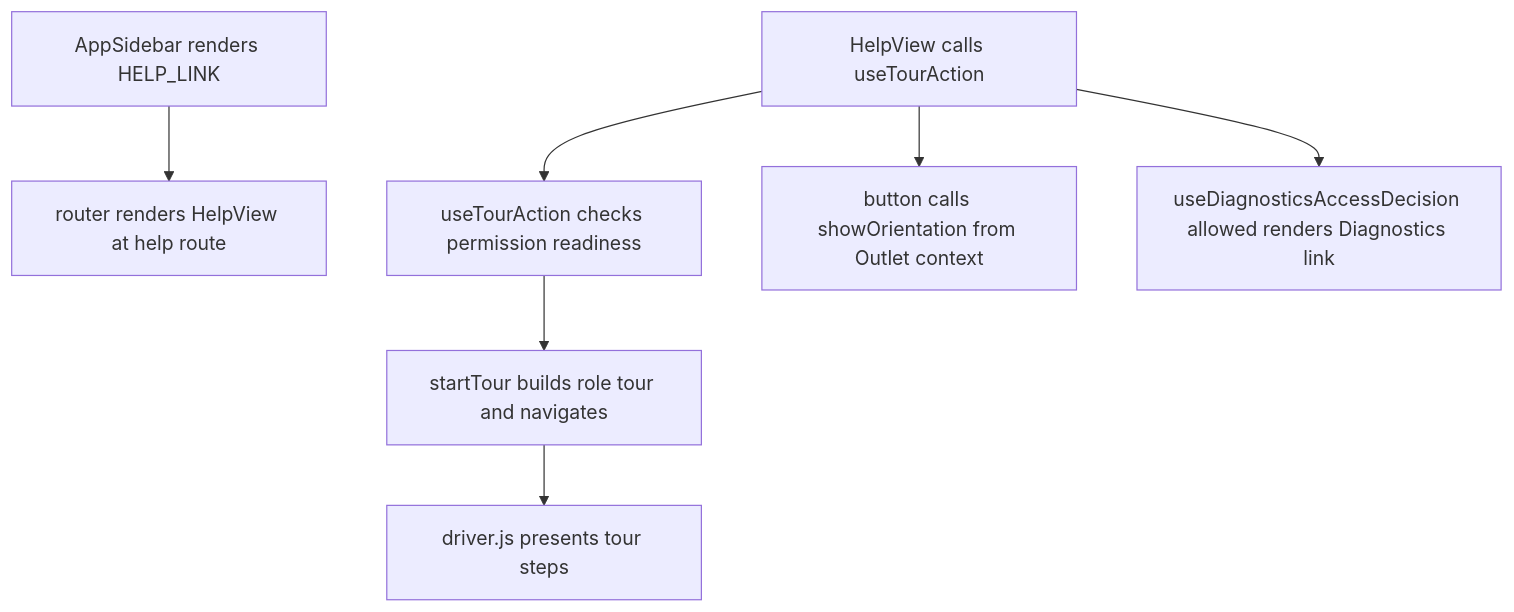
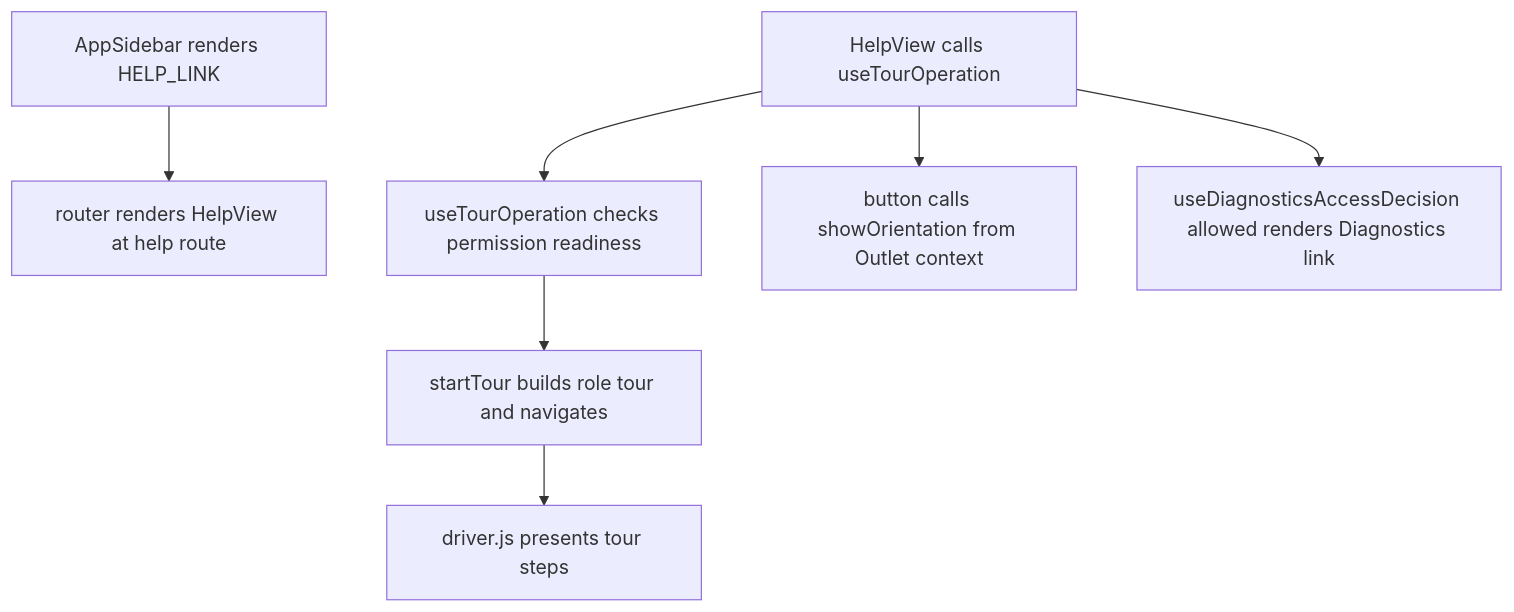
The second of 2 diagrams in user-stories/navigation/US-NAV-16-help-and-role-tour.md (Kevinjohn/capacitylens), drawn with Mermaid before and after one commit. The commit also changed other lines of this file and 50 other files, not shown here.

First line of the commit message:
Action to operation: rename non-store action hooks and components

````diff
--- a/user-stories/navigation/US-NAV-16-help-and-role-tour.md
+++ b/user-stories/navigation/US-NAV-16-help-and-role-tour.md
@@ -42,9 +42,9 @@
 ```mermaid
 flowchart TD
   nav["AppSidebar renders HELP_LINK"] --> route["router renders HelpView at help route"]
-  help["HelpView calls useTourAction"] --> action["useTourAction checks permission readiness"]
+  help["HelpView calls useTourOperation"] --> action["useTourOperation checks permission readiness"]
   action --> start["startTour builds role tour and navigates"]
   start --> guide["driver.js presents tour steps"]
   help --> orient["button calls showOrientation from Outlet context"]
   help --> diag["useDiagnosticsAccessDecision allowed renders Diagnostics link"]
 ```
````
